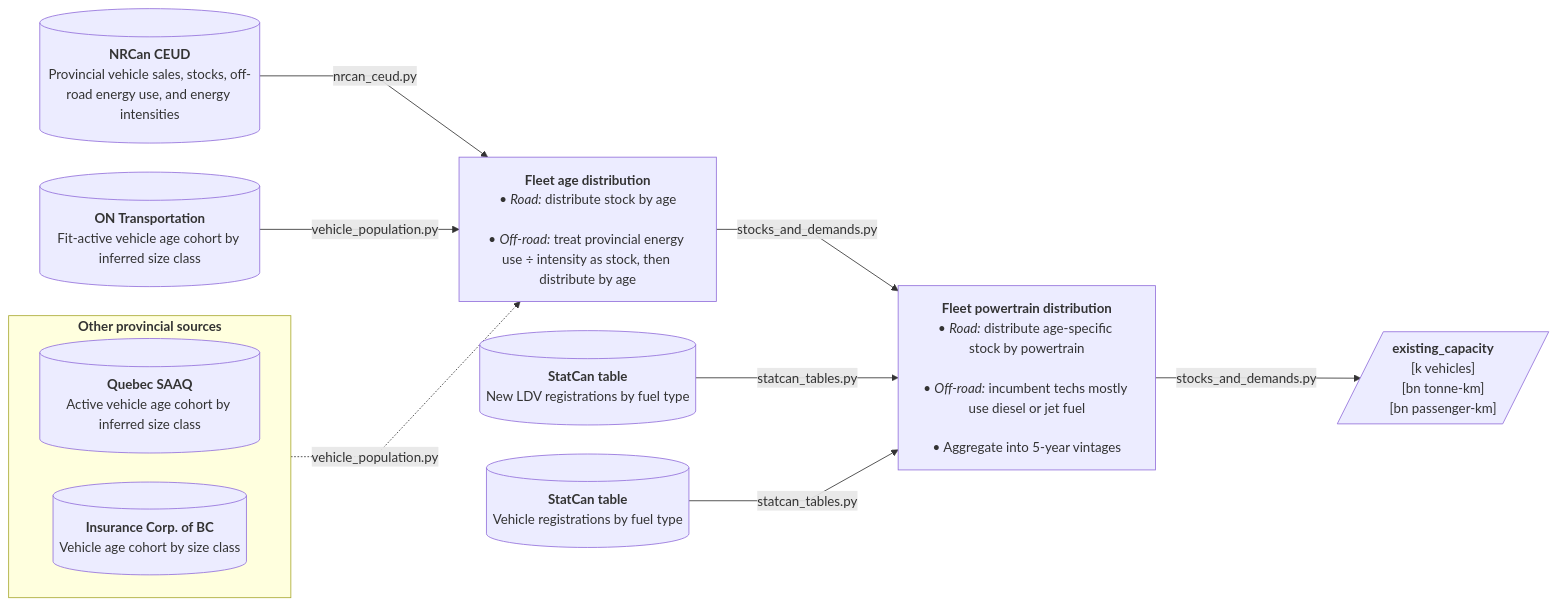
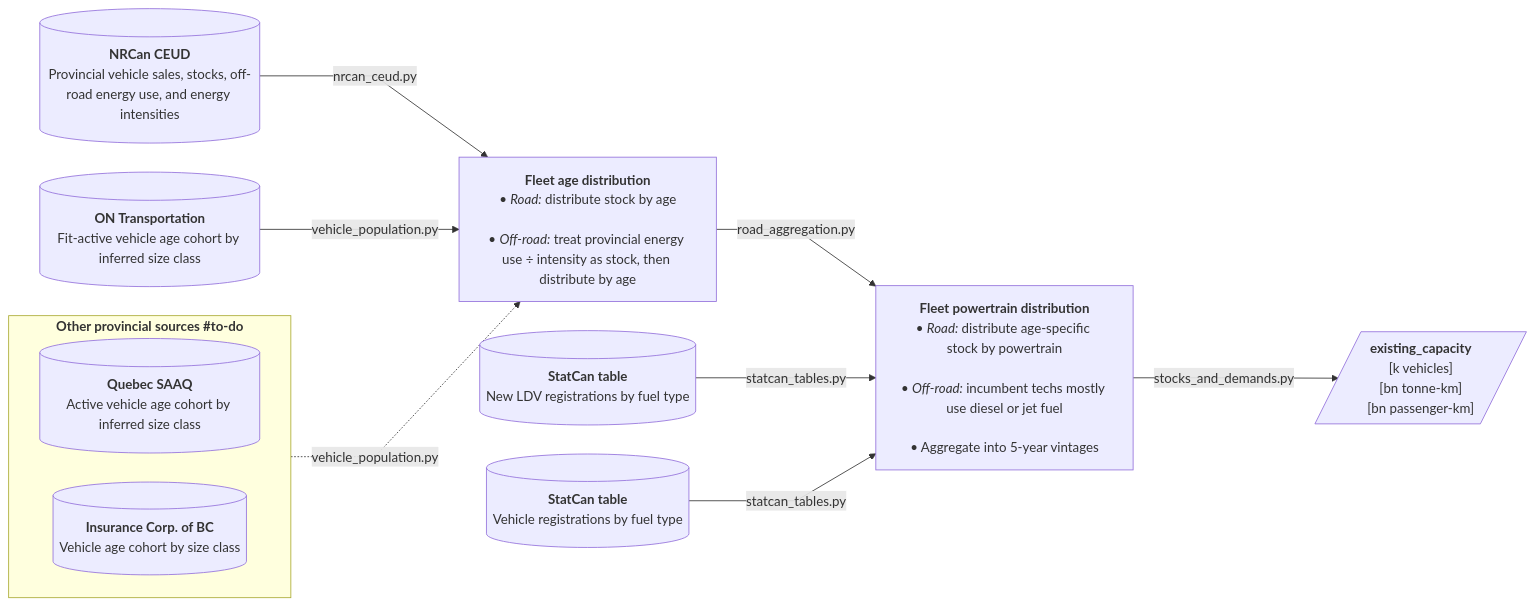
One commit to CANOE-main/canoe-transportation changed the second of 9 diagrams in docs/etl_flowcharts.md. Above: the diagram before and after it, drawn with Mermaid. The commit also changed other lines of this file and 47 other files, not shown here.

````diff
--- a/docs/etl_flowcharts.md
+++ b/docs/etl_flowcharts.md
@@ -55,45 +56,45 @@
 ```mermaid
 ---
 config:
   layout: dagre
   flowchart:
     nodeSpacing: 35
     rankSpacing: 50
     wrappingWidth: 250
     curve: linear
 ---
 flowchart LR
   %% --- Sources ---
   s0[("`**NRCan CEUD**<br>Provincial vehicle sales, stocks, off-road energy use, and energy intensities`")]
   s1[("`**ON Transportation**<br>Fit-active vehicle age cohort by inferred size class`")]
 
-  subgraph expansion["`**Other provincial sources**`"]
+  subgraph expansion["`**Other provincial sources #to-do**`"]
     direction LR
     s2[("`**Quebec SAAQ**<br>Active vehicle age cohort by inferred size class`")]
     s3[("`**Insurance Corp. of BC**<br>Vehicle age cohort by size class`")]
   end
 
   s4[("`**StatCan table**<br>New LDV registrations by fuel type`")]
   s5[("`**StatCan table**<br>Vehicle registrations by fuel type`")]
 
   %% --- Processes ---
   p1["`**Fleet age distribution<br>**• *Road:* distribute stock by age<br><br>• *Off-road:* treat provincial energy use ÷ intensity as stock, then distribute by age`"]
   s0 -- nrcan_ceud.py --> p1
   s1 -- vehicle_population.py --> p1
   expansion -. "vehicle_population.py" .-> p1
 
   p2["`**Fleet powertrain distribution**<br>• *Road:* distribute age-specific stock by powertrain<br><br>• *Off-road:* incumbent techs mostly use diesel or jet fuel<br><br>• Aggregate into 5-year vintages`"]
-  p1 -- stocks_and_demands.py --> p2
+  p1 -- road_aggregation.py --> p2
   s4 -- statcan_tables.py --> p2
   s5 -- statcan_tables.py --> p2
 
   p2 -- stocks_and_demands.py --> o1[/"`**existing_capacity**<br>[k vehicles]<br>[bn tonne-km]<br>[bn passenger-km]`"/]
 
   %% --- Hyperlinks ---
   click s5 "https://doi.org/10.25318/2310030801-eng"
   click s4 "https://doi.org/10.25318/2010002501-eng"
   click s3 "https://public.tableau.com/app/profile/icbc/viz/VehiclePopulationIntroPage/VehiclePopulationData"
   click s2 "https://www.donneesquebec.ca/recherche/dataset/vehicules-en-circulation"
   click s1 "https://data.ontario.ca/dataset/vehicle-population-data"
   click s0 "https://oee.nrcan.gc.ca/corporate/statistics/neud/dpa/menus/trends/comprehensive_tables/list.cfm"
 ```
````
